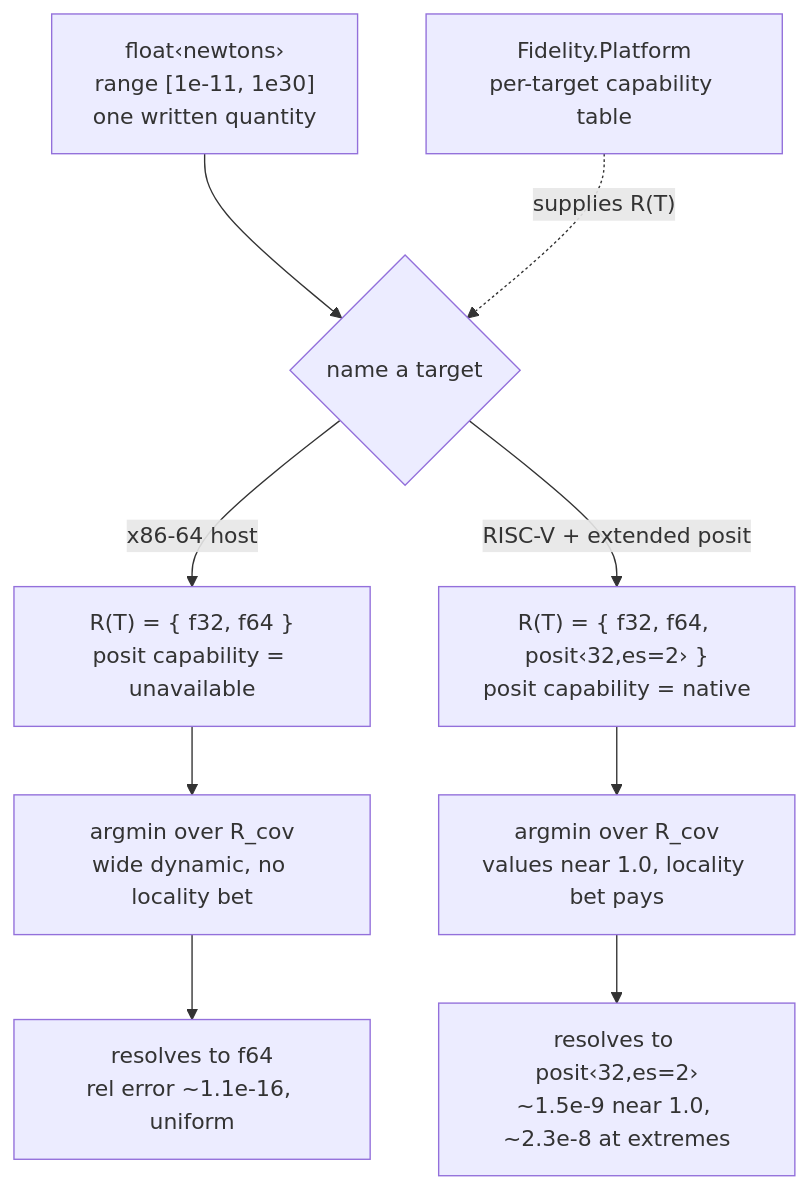
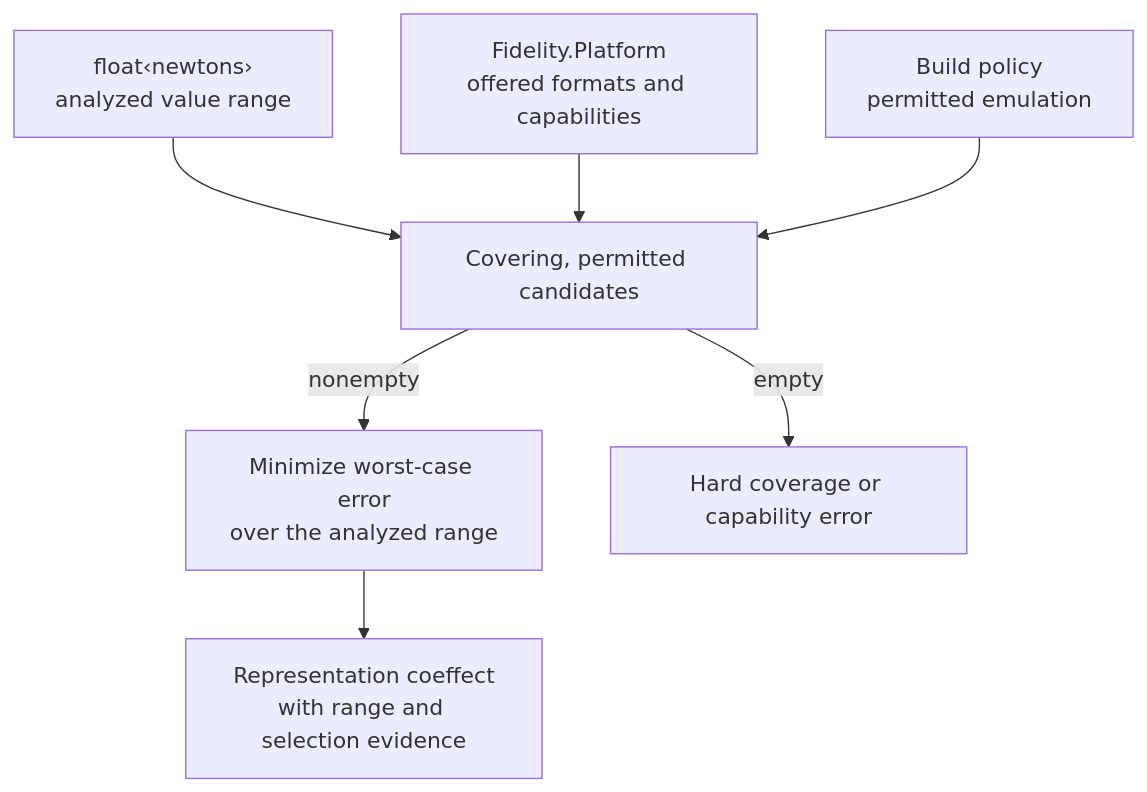
Before and after one commit to FidelityFramework/clef-lang-site: the first of 4 diagrams in hugo/content/blog/deferred-inference.md, drawn with Mermaid. The commit also changed other lines of this file and 36 other files, not shown here.

````diff
--- a/hugo/content/blog/deferred-inference.md
+++ b/hugo/content/blog/deferred-inference.md
@@ -130,17 +140,15 @@
 ```mermaid
 flowchart TD
-    Q["float‹newtons›<br>range [1e-11, 1e30]<br>one written quantity"]
-    Plat["Fidelity.Platform<br>per-target capability table"]
-
-    Q --> Name{"name a target"}
-    Plat -.->|"supplies R(T)"| Name
-
-    Name -->|"x86-64 host"| H["R(T) = { f32, f64 }<br>posit capability = unavailable"]
-    Name -->|"RISC-V + extended posit"| R["R(T) = { f32, f64, posit‹32,es=2› }<br>posit capability = native"]
-
-    H --> HSel["argmin over R_cov<br>wide dynamic, no locality bet"]
-    R --> RSel["argmin over R_cov<br>values near 1.0, locality bet pays"]
-
-    HSel --> HOut["resolves to f64<br>rel error ~1.1e-16, uniform"]
-    RSel --> ROut["resolves to posit‹32,es=2›<br>~1.5e-9 near 1.0, ~2.3e-8 at extremes"]
+    Q["float‹newtons›<br>analyzed value range"]
+    Plat["Fidelity.Platform<br>offered formats and capabilities"]
+    Policy["Build policy<br>permitted emulation"]
+    Candidates["Covering, permitted candidates"]
+    Select["Minimize worst-case error<br>over the analyzed range"]
+    Result["Representation coeffect<br>with range and selection evidence"]
+    Error["Hard coverage or capability error"]
+    Q --> Candidates
+    Plat --> Candidates
+    Policy --> Candidates
+    Candidates -->|"nonempty"| Select --> Result
+    Candidates -->|"empty"| Error
 ```
````
